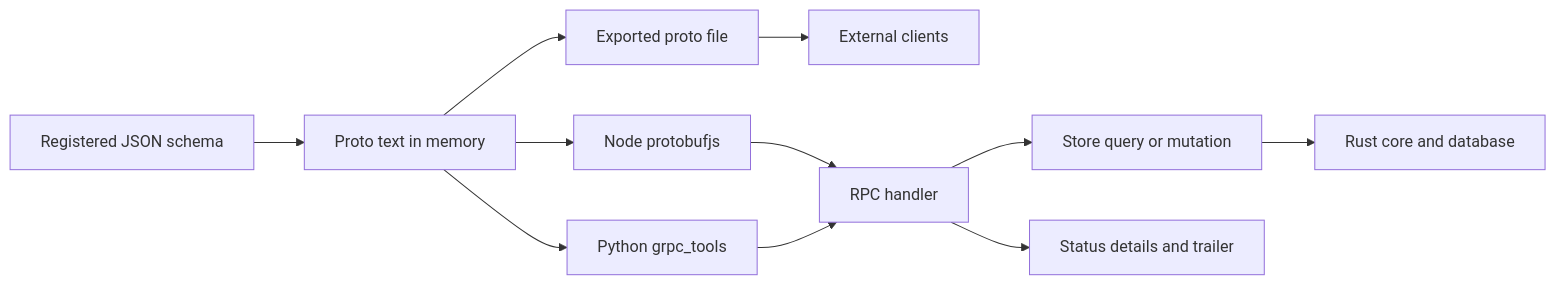
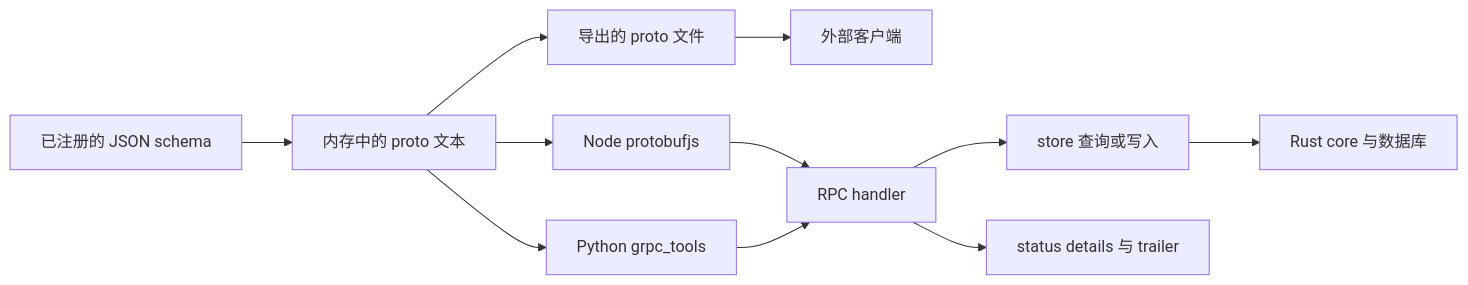
Before and after one commit to coenddt/store-grpc: the diagram in README.md, drawn with Mermaid. The commit also changed other lines of this file and 2 other files, not shown here.

````diff
--- a/README.md
+++ b/README.md
@@ -218,13 +220,13 @@
 ```mermaid
 flowchart LR
-  A[Registered JSON schema] --> B[Proto text in memory]
+  A[已注册的 JSON schema] --> B[内存中的 proto 文本]
   B --> C[Node protobufjs]
   B --> D[Python grpc_tools]
-  B --> E[Exported proto file]
-  E --> F[External clients]
+  B --> E[导出的 proto 文件]
+  E --> F[外部客户端]
   C --> G[RPC handler]
   D --> G
-  G --> H[Store query or mutation]
-  H --> I[Rust core and database]
-  G --> J[Status details and trailer]
+  G --> H[store 查询或写入]
+  H --> I[Rust core 与数据库]
+  G --> J[status details 与 trailer]
 ```
````
